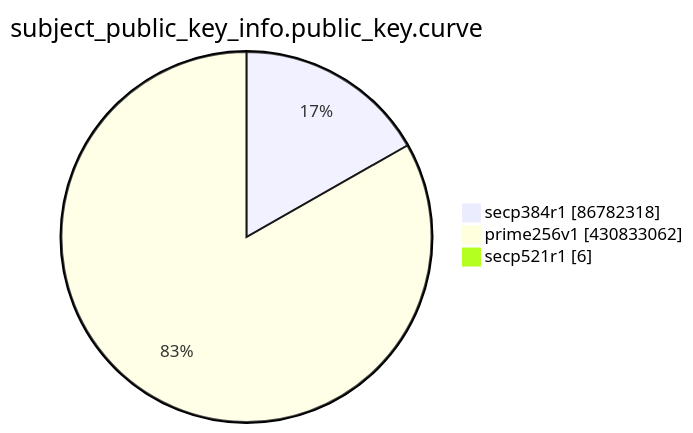
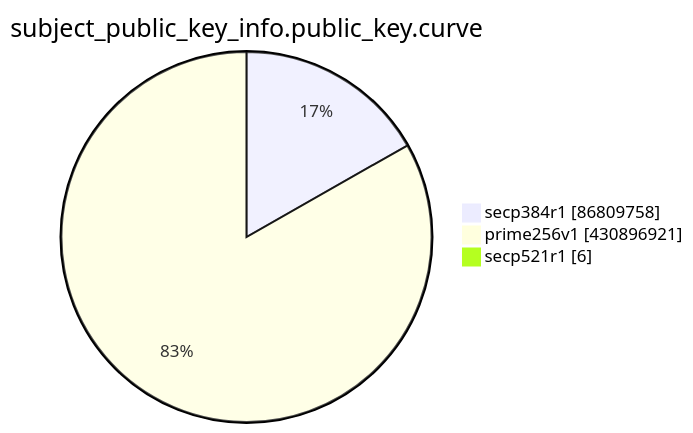
Before and after one commit to christiankrug/ctmonitor_visualization: the eighth of 15 diagrams in TOTAL/README.md, drawn with Mermaid. The commit also changed other lines of this file, not shown here.

````diff
--- a/TOTAL/README.md
+++ b/TOTAL/README.md
@@ -3100,7 +3100,7 @@
 ```mermaid
 pie showData
 title subject_public_key_info.public_key.curve
-"secp384r1" :86782318
-"prime256v1" :430833062
+"secp384r1" :86809758
+"prime256v1" :430896921
 "secp521r1" :6
 ```
````
